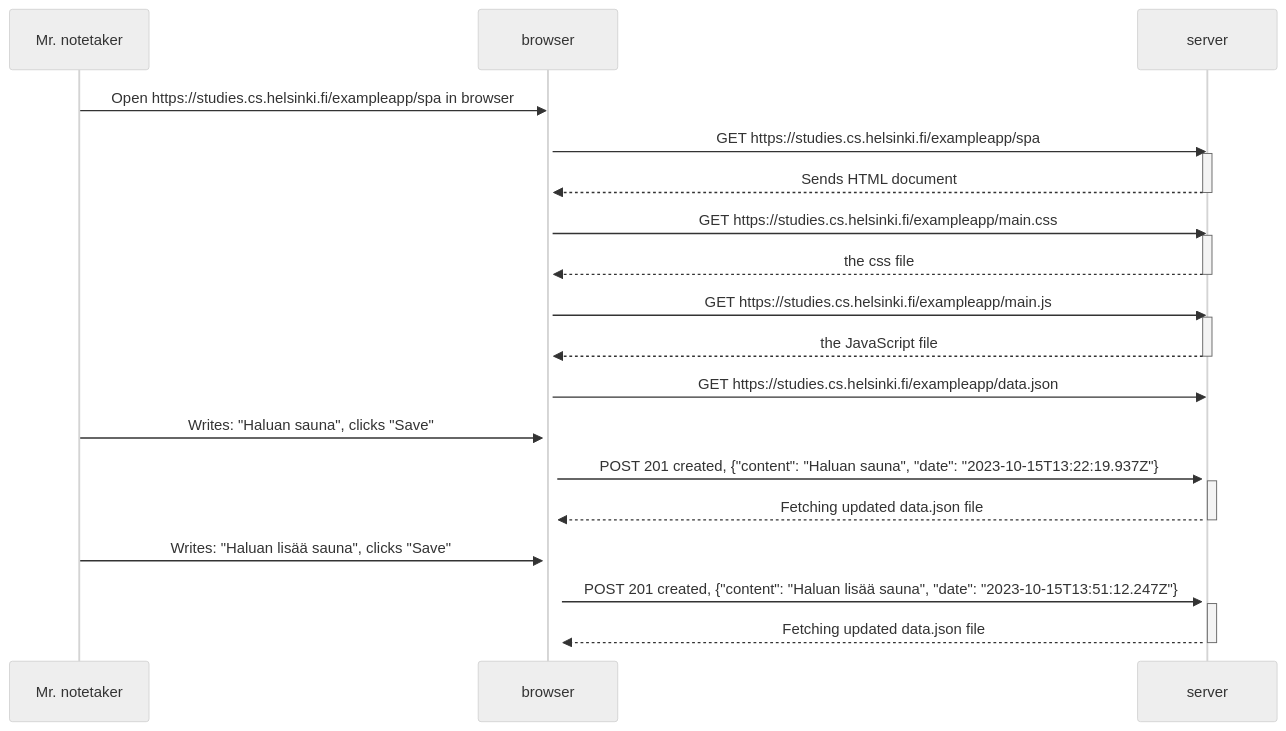
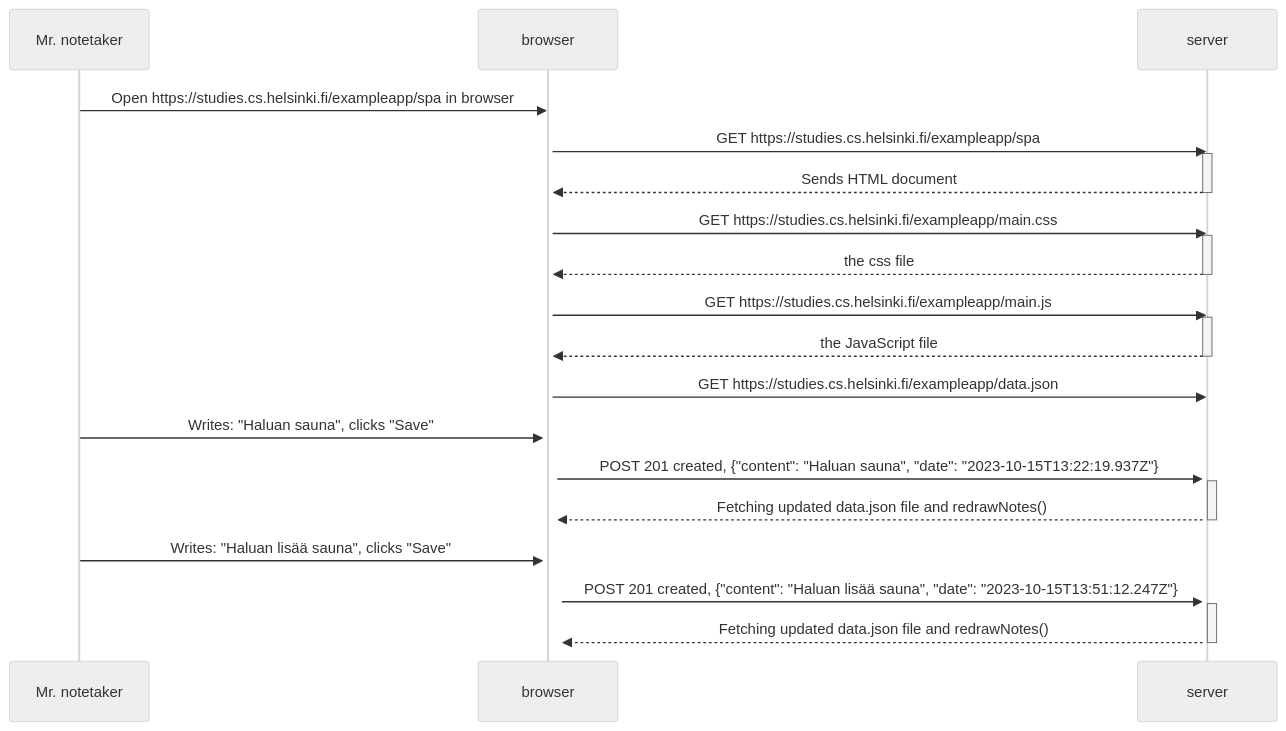
The diagram in part0/0.5 diagram.md (haavardmk/fullstackopen), drawn with Mermaid (neutral theme) before and after one commit.

Commit message:
Update 0.5 diagram.md'

````diff
--- a/part0/0.5 diagram.md
+++ b/part0/0.5 diagram.md
@@ -1,44 +1,44 @@
 ```mermaid
 sequenceDiagram
     participant Mr. notetaker
     participant browser
     participant server
 
     Mr. notetaker->>browser: Open https://studies.cs.helsinki.fi/exampleapp/spa in browser
     activate browser
 
     browser->>server: GET https://studies.cs.helsinki.fi/exampleapp/spa
     activate server
     server-->>browser: Sends HTML document
     deactivate server
 
     browser->>server: GET https://studies.cs.helsinki.fi/exampleapp/main.css
     activate server
     server-->>browser: the css file
     deactivate server
 
     browser->>server: GET https://studies.cs.helsinki.fi/exampleapp/main.js
     activate server
     server-->>browser: the JavaScript file
     deactivate server
 
     browser->>server: GET https://studies.cs.helsinki.fi/exampleapp/data.json
     activate server
 
     Mr. notetaker->>browser: Writes: "Haluan sauna", clicks "Save"
     activate browser
     browser->>server: POST 201 created, {"content": "Haluan sauna", "date": "2023-10-15T13:22:19.937Z"}
     activate server
-    server-->>browser: Fetching updated data.json file
+    server-->>browser: Fetching updated data.json file and redrawNotes()
     deactivate server
 
     Mr. notetaker->>browser: Writes: "Haluan lisää sauna", clicks "Save"
     activate browser
     browser->>server: POST 201 created, {"content": "Haluan lisää sauna", "date": "2023-10-15T13:51:12.247Z"}
     activate server
-    server-->>browser: Fetching updated data.json file
+    server-->>browser: Fetching updated data.json file and redrawNotes()
     deactivate server
 
 
 
 ```
````
